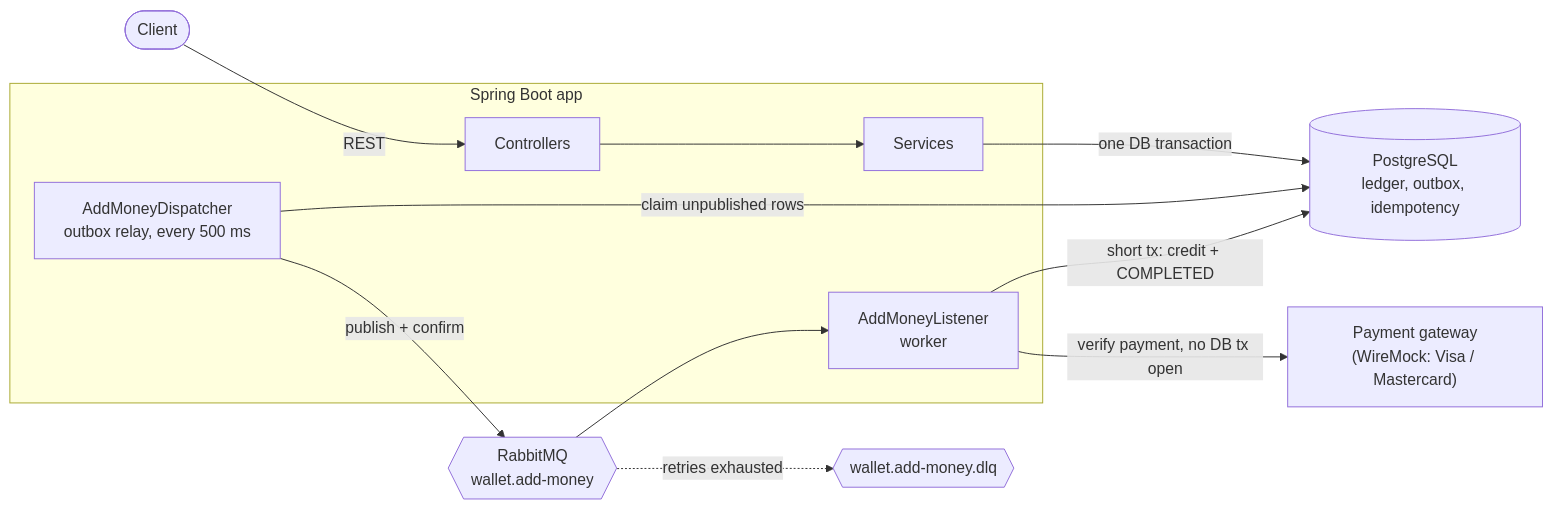
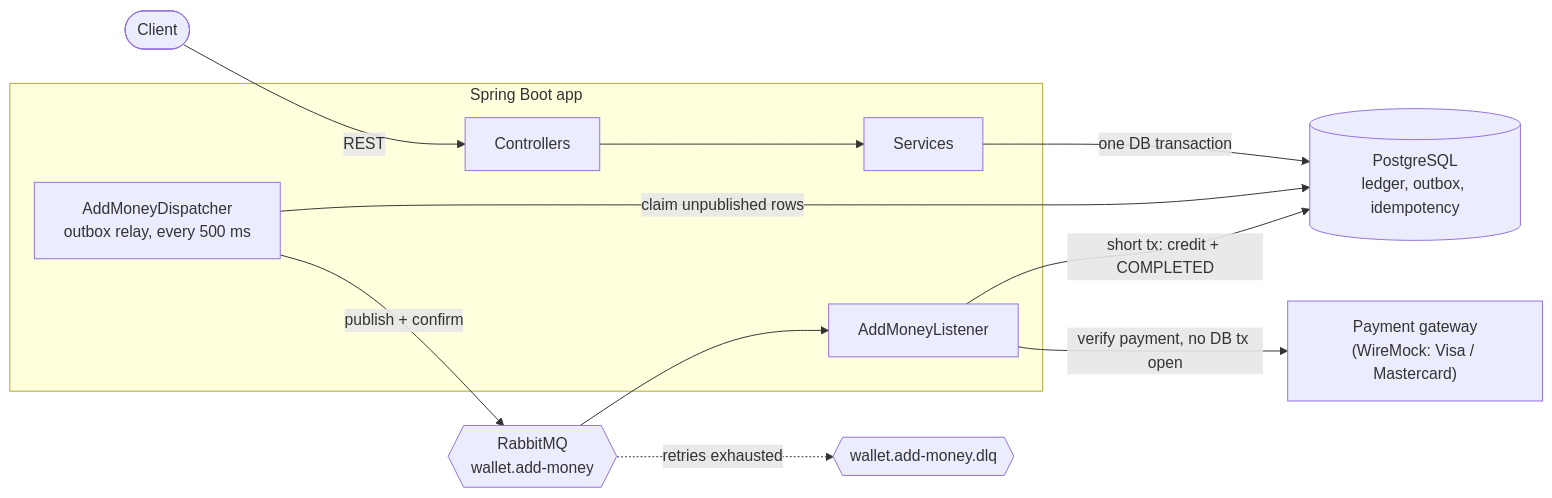
The second of 9 diagrams in README.md (nadimnesar/mini-wallet-service), drawn with Mermaid before and after one commit. The commit also changed other lines of this file, not shown here.

First line of the commit message:
docs(readme): rewrite intro and API sections, add diagrams and assumptions

````diff
--- a/README.md
+++ b/README.md
@@ -130,18 +145,18 @@
 ```mermaid
 flowchart LR
     C([Client]) -->|REST| API
 
     subgraph APP["Spring Boot app"]
         API["Controllers"] --> SVC["Services"]
         DISP["AddMoneyDispatcher<br/>outbox relay, every 500 ms"]
-        WRK["AddMoneyListener<br/>worker"]
+        WRK["AddMoneyListener"]
     end
 
-    SVC -->|"one DB transaction"| PG[("PostgreSQL<br/>ledger, outbox, idempotency")]
-    DISP -->|"claim unpublished rows"| PG
-    DISP -->|"publish + confirm"| MQ{{"RabbitMQ<br/>wallet.add-money"}}
+    SVC -->|" one DB transaction "| PG[("PostgreSQL<br/>ledger, outbox, idempotency")]
+    DISP -->|" claim unpublished rows "| PG
+    DISP -->|" publish + confirm "| MQ{{"RabbitMQ<br/>wallet.add-money"}}
     MQ --> WRK
-    WRK -->|"verify payment, no DB tx open"| GW["Payment gateway<br/>(WireMock: Visa / Mastercard)"]
-    WRK -->|"short tx: credit + COMPLETED"| PG
-    MQ -.->|"retries exhausted"| DLQ{{"wallet.add-money.dlq"}}
+    WRK -->|" verify payment, no DB tx open "| GW["Payment gateway<br/>(WireMock: Visa / Mastercard)"]
+    WRK -->|" short tx: credit + COMPLETED "| PG
+    MQ -.->|" retries exhausted "| DLQ{{"wallet.add-money.dlq"}}
 ```
````
